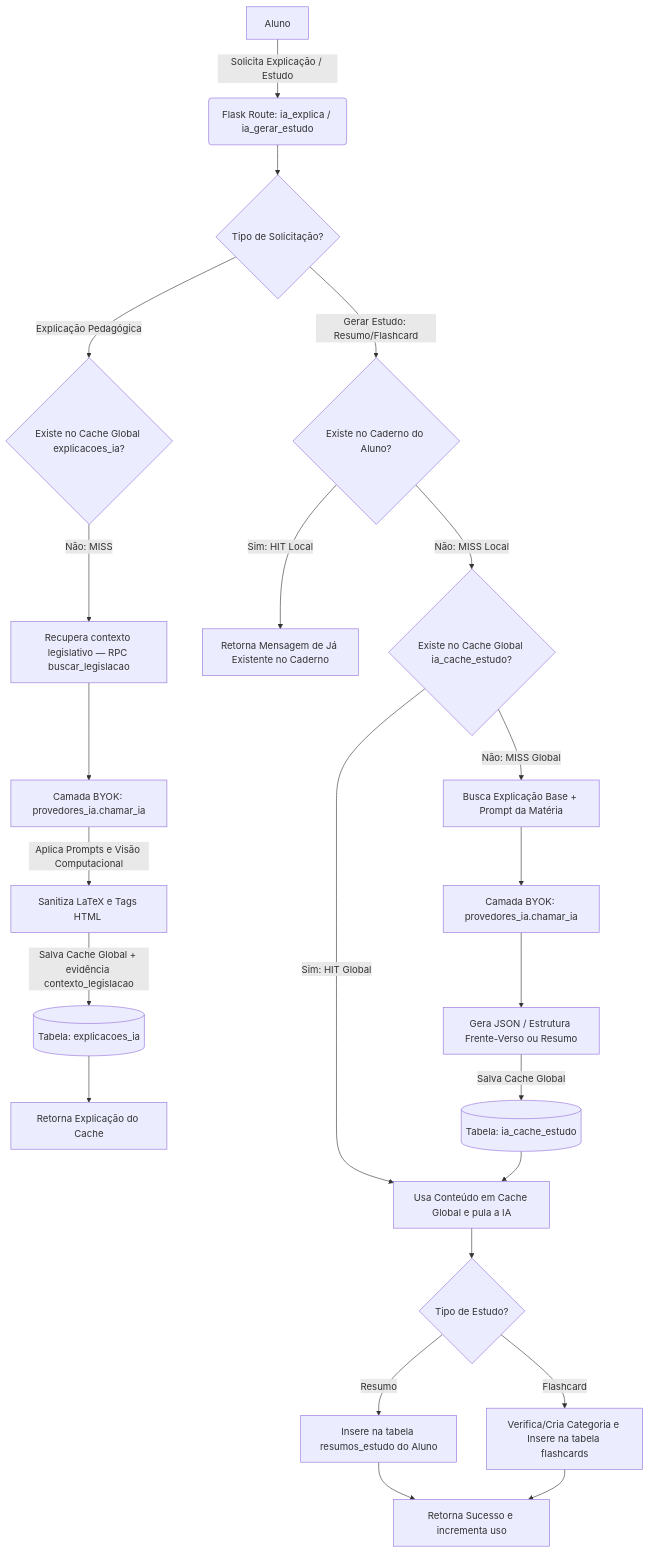
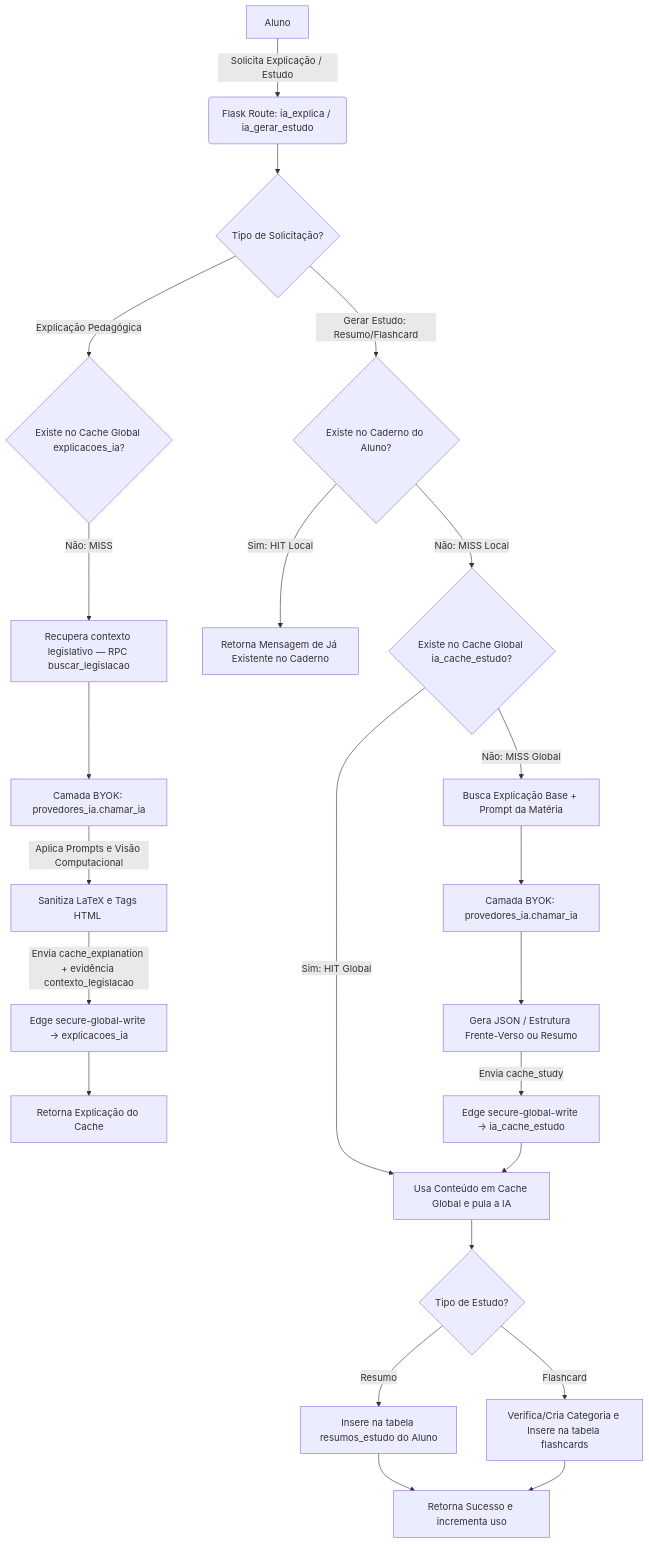
One commit to thierry-moreira/gabaritei-questoes changed the second of 2 diagrams in docs/rotas/questao.py.md. Above: the diagram before and after it, drawn with Mermaid. The commit also changed other lines of this file and 288 other files, not shown here.

````diff
--- a/docs/rotas/questao.py.md
+++ b/docs/rotas/questao.py.md
@@ -66,32 +67,32 @@
 ```mermaid
 graph TD
     A[Aluno] -->|Solicita Explicação / Estudo| B(Flask Route: ia_explica / ia_gerar_estudo)
     B --> E{Tipo de Solicitação?}
     
     %% ia_explica
     E -->|Explicação Pedagógica| F{Existe no Cache Global explicacoes_ia?}
     G[Retorna Explicação do Cache]
     F -->|Não: MISS| H0[Recupera contexto legislativo — RPC buscar_legislacao]
     H0 --> H[Camada BYOK: provedores_ia.chamar_ia]
     H -->|Aplica Prompts e Visão Computacional| I[Sanitiza LaTeX e Tags HTML <b>]
-    I -->|Salva Cache Global + evidência contexto_legislacao| J[(Tabela: explicacoes_ia)]
+    I -->|Envia cache_explanation + evidência contexto_legislacao| J[Edge secure-global-write → explicacoes_ia]
     J --> G
     
     %% ia_gerar_estudo
     E -->|Gerar Estudo: Resumo/Flashcard| K{Existe no Caderno do Aluno?}
     K -->|Sim: HIT Local| L[Retorna Mensagem de Já Existente no Caderno]
     K -->|Não: MISS Local| M{Existe no Cache Global ia_cache_estudo?}
     
     M -->|Sim: HIT Global| N[Usa Conteúdo em Cache Global e pula a IA]
     M -->|Não: MISS Global| O[Busca Explicação Base + Prompt da Matéria]
     O --> P[Camada BYOK: provedores_ia.chamar_ia]
     P --> Q[Gera JSON / Estrutura Frente-Verso ou Resumo]
-    Q -->|Salva Cache Global| R[(Tabela: ia_cache_estudo)]
+    Q -->|Envia cache_study| R[Edge secure-global-write → ia_cache_estudo]
     R --> N
     
     N --> S{Tipo de Estudo?}
     S -->|Resumo| T[Insere na tabela resumos_estudo do Aluno]
     S -->|Flashcard| U[Verifica/Cria Categoria e Insere na tabela flashcards]
     T --> V[Retorna Sucesso e incrementa uso]
     U --> V
 ```
````
